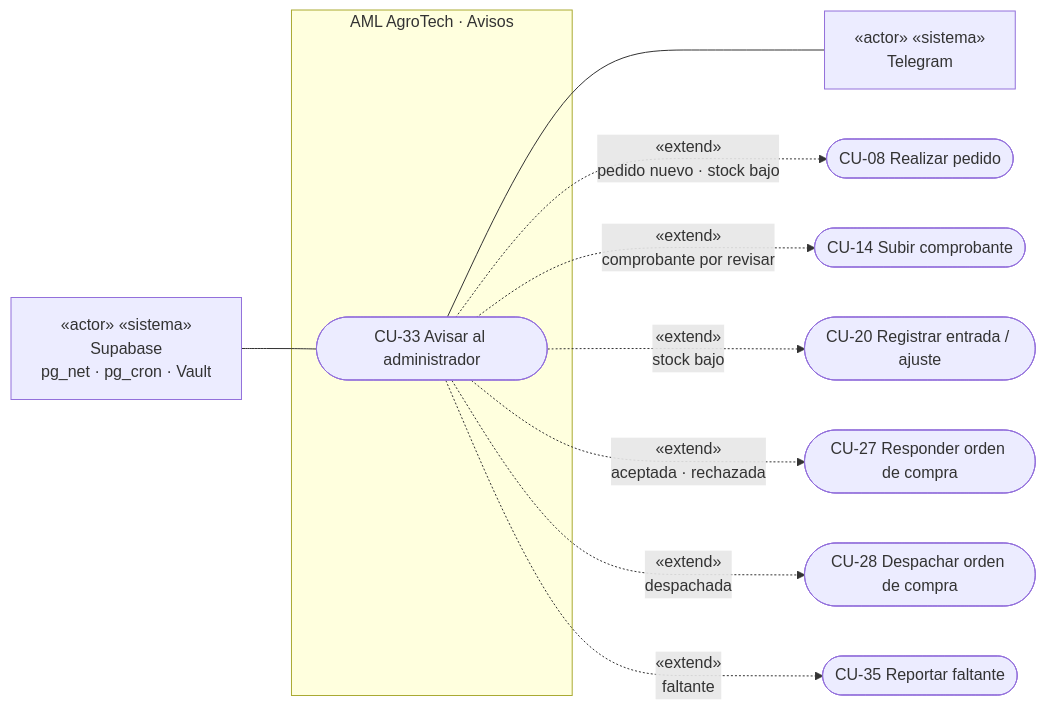
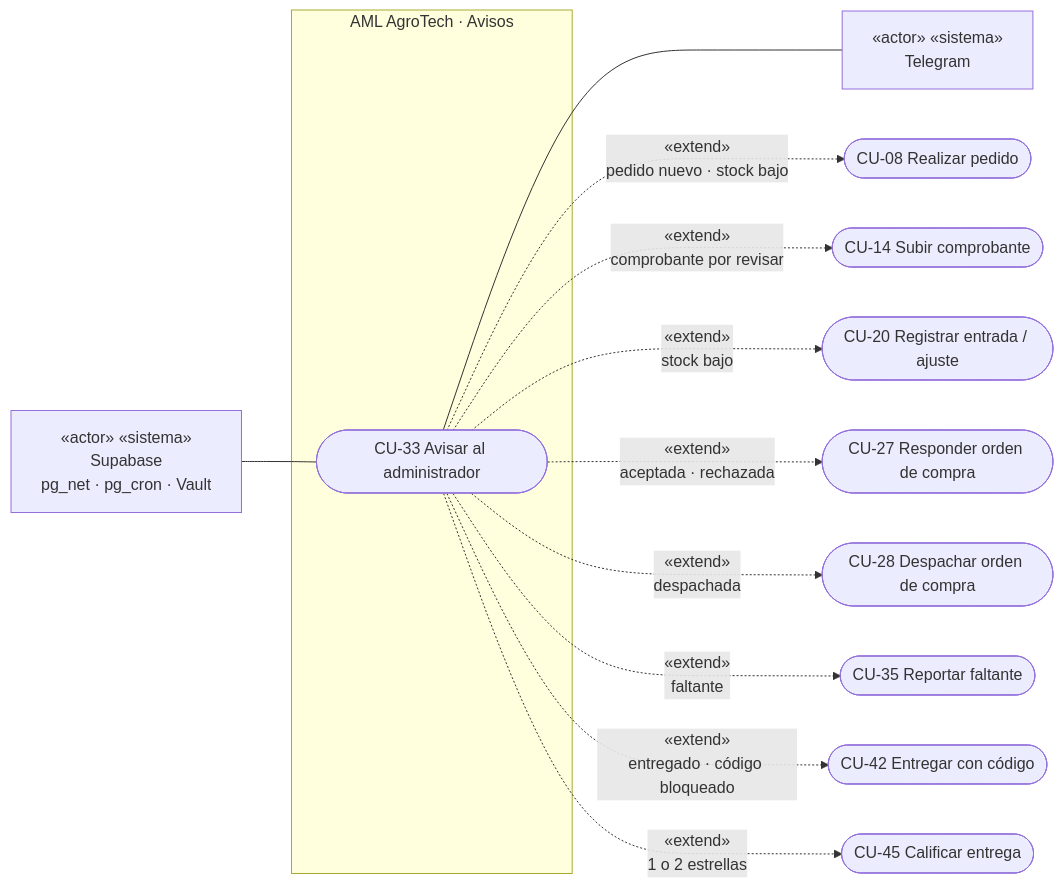
Before and after one commit to Almartinezlima/AML-AgroTech: the seventh of 9 diagrams in docs/uml/casos-de-uso.md, drawn with Mermaid. The commit also changed other lines of this file and 25 other files, not shown here.

````diff
--- a/docs/uml/casos-de-uso.md
+++ b/docs/uml/casos-de-uso.md
@@ -185,22 +187,26 @@
 ```mermaid
 flowchart LR
   S["«actor» «sistema»<br/>Supabase<br/>pg_net · pg_cron · Vault"]
   T["«actor» «sistema»<br/>Telegram"]
   subgraph AVI["AML AgroTech · Avisos"]
     CU33(["CU-33 Avisar al administrador"])
   end
   CU08(["CU-08 Realizar pedido"])
   CU14(["CU-14 Subir comprobante"])
   CU20(["CU-20 Registrar entrada / ajuste"])
   CU27(["CU-27 Responder orden de compra"])
   CU28(["CU-28 Despachar orden de compra"])
   S --- CU33
   CU33 --- T
   CU33 -.->|«extend»<br/>pedido nuevo · stock bajo| CU08
   CU33 -.->|«extend»<br/>comprobante por revisar| CU14
   CU33 -.->|«extend»<br/>stock bajo| CU20
   CU33 -.->|«extend»<br/>aceptada · rechazada| CU27
   CU33 -.->|«extend»<br/>despachada| CU28
   CU35b(["CU-35 Reportar faltante"])
   CU33 -.->|«extend»<br/>faltante| CU35b
+  CU42b(["CU-42 Entregar con código"])
+  CU45b(["CU-45 Calificar entrega"])
+  CU33 -.->|«extend»<br/>entregado · código bloqueado| CU42b
+  CU33 -.->|«extend»<br/>1 o 2 estrellas| CU45b
 ```
````
